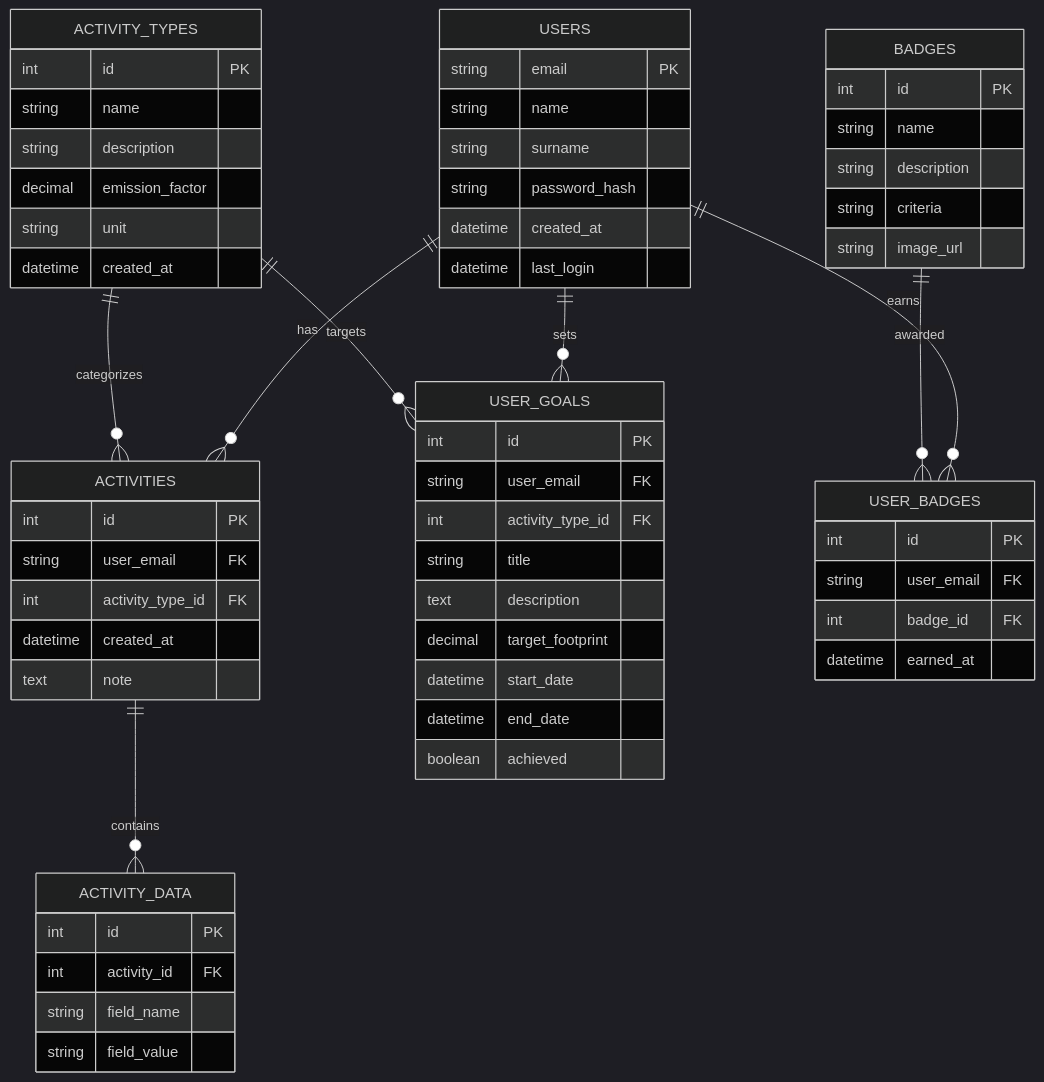
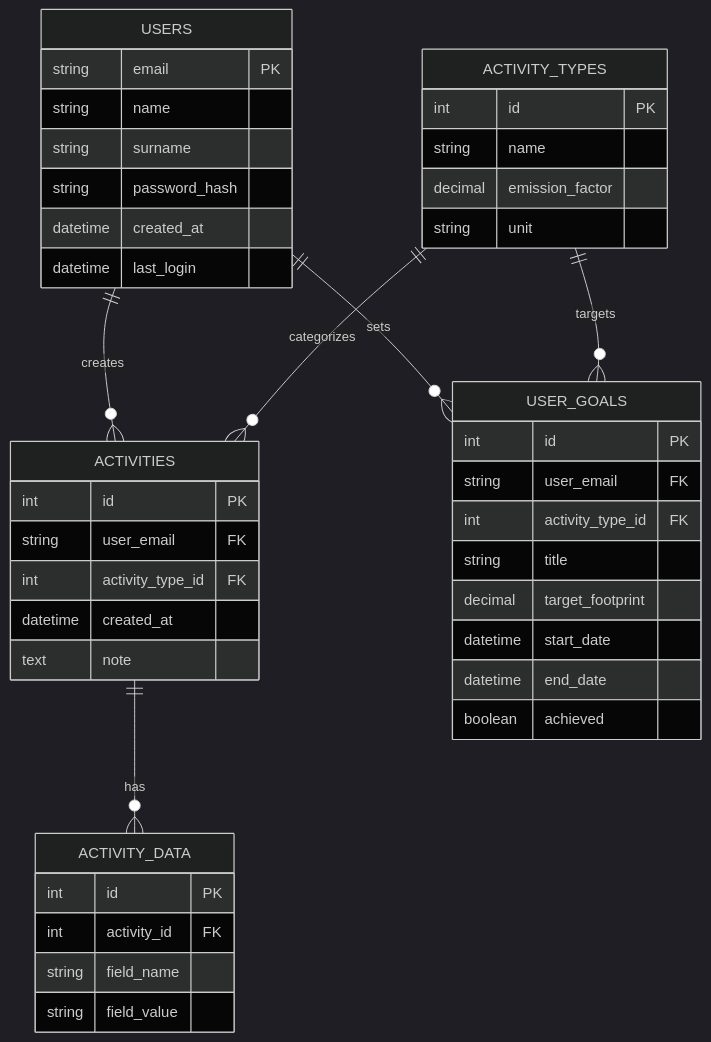
The first of 2 diagrams in README.md (MaxPopovschii/ecopasso-backend), drawn with Mermaid (dark theme) before and after one commit. The commit also changed other lines of this file, not shown here.

````diff
--- a/README.md
+++ b/README.md
@@ -361,64 +136,46 @@
 ```mermaid
 erDiagram
     USERS {
         string email PK
         string name
         string surname
         string password_hash
         datetime created_at
         datetime last_login
     }
     ACTIVITY_TYPES {
         int id PK
         string name
-        string description
         decimal emission_factor
         string unit
-        datetime created_at
     }
     ACTIVITIES {
         int id PK
         string user_email FK
         int activity_type_id FK
         datetime created_at
         text note
     }
     ACTIVITY_DATA {
         int id PK
         int activity_id FK
         string field_name
         string field_value
     }
     USER_GOALS {
         int id PK
         string user_email FK
         int activity_type_id FK
         string title
-        text description
         decimal target_footprint
         datetime start_date
         datetime end_date
         boolean achieved
     }
-    BADGES {
-        int id PK
-        string name
-        string description
-        string criteria
-        string image_url
-    }
-    USER_BADGES {
-        int id PK
-        string user_email FK
-        int badge_id FK
-        datetime earned_at
-    }
 
-    USERS ||--o{ ACTIVITIES : has
-    ACTIVITIES ||--o{ ACTIVITY_DATA : contains
+    USERS ||--o{ ACTIVITIES : creates
+    ACTIVITIES ||--o{ ACTIVITY_DATA : has
     ACTIVITY_TYPES ||--o{ ACTIVITIES : categorizes
     USERS ||--o{ USER_GOALS : sets
     ACTIVITY_TYPES ||--o{ USER_GOALS : targets
-    USERS ||--o{ USER_BADGES : earns
-    BADGES ||--o{ USER_BADGES : awarded
 ```
````
